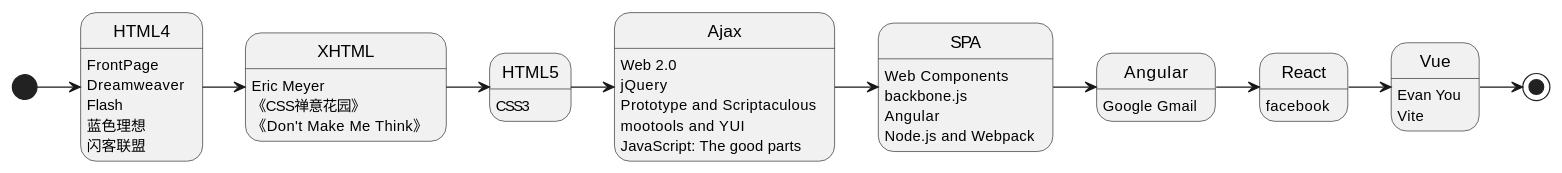
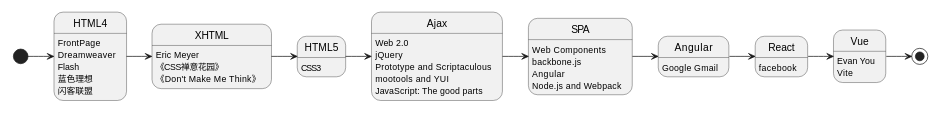
The diagram in content/1.专栏/3.编程/20240320-HTML回忆录.rst (kaffa/kaffa), drawn with PlantUML before and after one commit. The commit also changed 251 other files, not shown here.

```diff
--- a/content/1.专栏/3.编程/20240320-HTML回忆录.rst
+++ b/content/1.专栏/3.编程/20240320-HTML回忆录.rst
@@ -18,38 +18,39 @@
 .. uml::
     :alt: 有关HTML的记忆
     :format: svg
     :filename: html-memoir
-    :width: 80%
 
+
+    scale 750 width
     [*] -> HTML4
     HTML4 -> XHTML
     XHTML -> HTML5
     HTML5 -> Ajax
     Ajax -> SPA
     SPA -> Angular
     Angular -> React
     React -> Vue
     Vue -> [*]
 
     HTML4: FrontPage
     HTML4: Dreamweaver
     HTML4: Flash
     HTML4: 蓝色理想
     HTML4: 闪客联盟
     XHTML: Eric Meyer
     XHTML: 《CSS禅意花园》
     XHTML: 《Don't Make Me Think》
     HTML5: CSS3
     Ajax: Web 2.0
     Ajax: jQuery
     Ajax: Prototype and Scriptaculous
     Ajax: mootools and YUI
     Ajax: JavaScript: The good parts
     SPA: Web Components
     SPA: backbone.js
     SPA: Angular
     SPA: Node.js and Webpack
     Angular: Google Gmail
     React: facebook
     Vue: Evan You
     Vue: Vite
```
